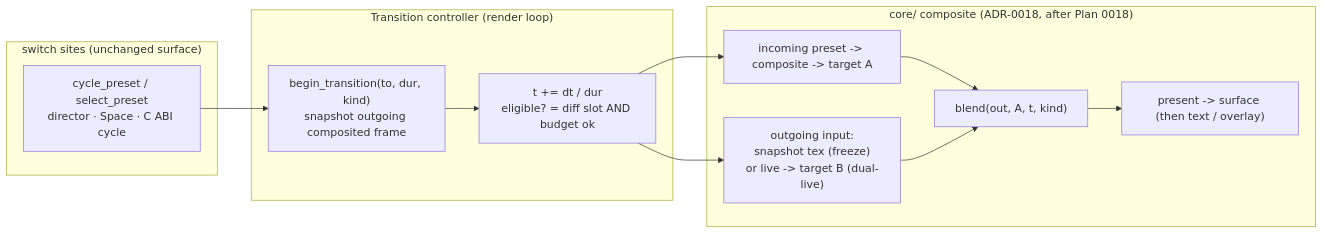
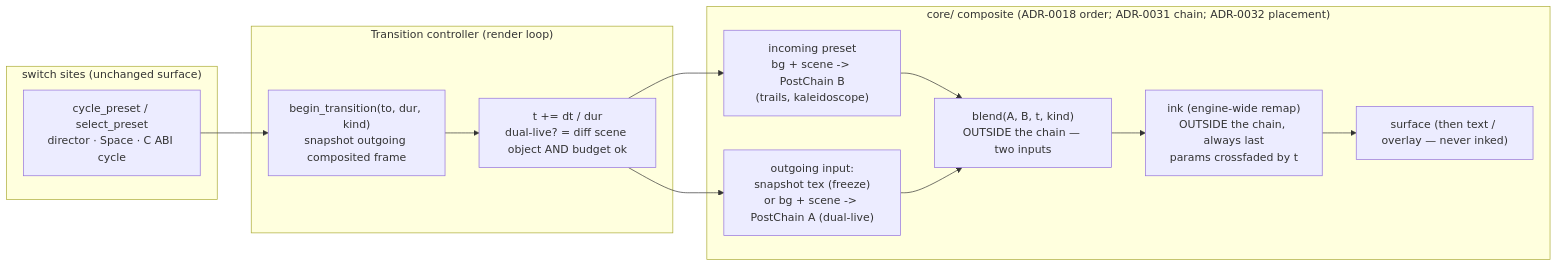
One commit to IgorKonovalov/Ritmolux changed the diagram in docs/plans/0023-cross-preset-transitions.md. Above: the diagram before and after it, drawn with Mermaid. The commit also changed other lines of this file and 3 other files, not shown here.

First line of the commit message:
docs(architect): ADR-0032 + revise Plan 0023 against the landed PostChain

````diff
--- a/docs/plans/0023-cross-preset-transitions.md
+++ b/docs/plans/0023-cross-preset-transitions.md
@@ -50,23 +90,24 @@
 ```mermaid
 flowchart LR
   subgraph switch["switch sites (unchanged surface)"]
     cyc["cycle_preset / select_preset<br/>director · Space · C ABI cycle"]
   end
 
   subgraph ctrl["Transition controller (render loop)"]
     beg["begin_transition(to, dur, kind)<br/>snapshot outgoing composited frame"]
-    tick["t += dt / dur<br/>eligible? = diff slot AND budget ok"]
+    tick["t += dt / dur<br/>dual-live? = diff scene object AND budget ok"]
   end
 
-  subgraph comp["core/ composite (ADR-0018, after Plan 0018)"]
-    inc["incoming preset -> composite -> target A"]
-    out["outgoing input:<br/>snapshot tex (freeze)<br/>or live -> target B (dual-live)"]
-    blend["blend(out, A, t, kind)"]
-    present["present -> surface (then text / overlay)"]
+  subgraph comp["core/ composite (ADR-0018 order; ADR-0031 chain; ADR-0032 placement)"]
+    inc["incoming preset<br/>bg + scene -> PostChain B<br/>(trails, kaleidoscope)"]
+    out["outgoing input:<br/>snapshot tex (freeze)<br/>or bg + scene -> PostChain A (dual-live)"]
+    blend["blend(A, B, t, kind)<br/>OUTSIDE the chain — two inputs"]
+    ink["ink (engine-wide remap)<br/>OUTSIDE the chain, always last<br/>params crossfaded by t"]
+    present["surface (then text / overlay — never inked)"]
   end
 
   cyc --> beg --> tick
   tick --> inc --> blend
   tick --> out --> blend
-  blend --> present
+  blend --> ink --> present
 ```
````
